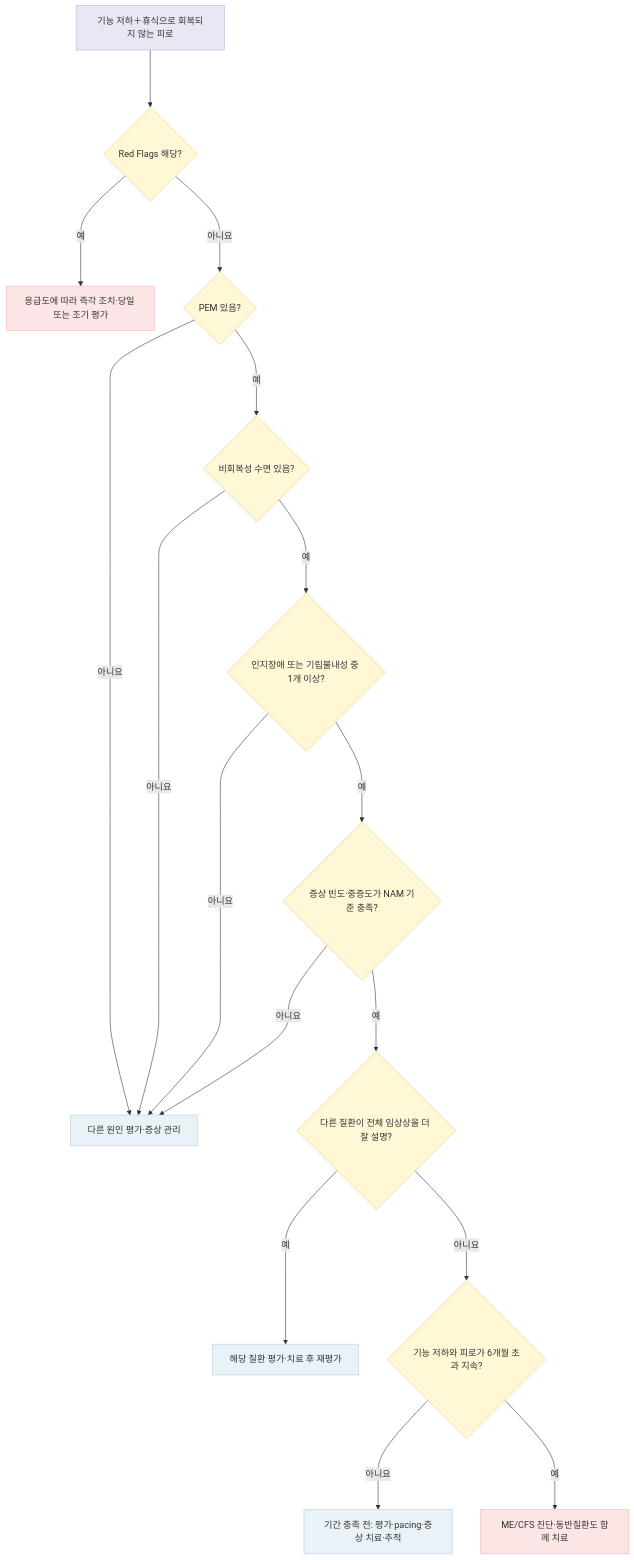
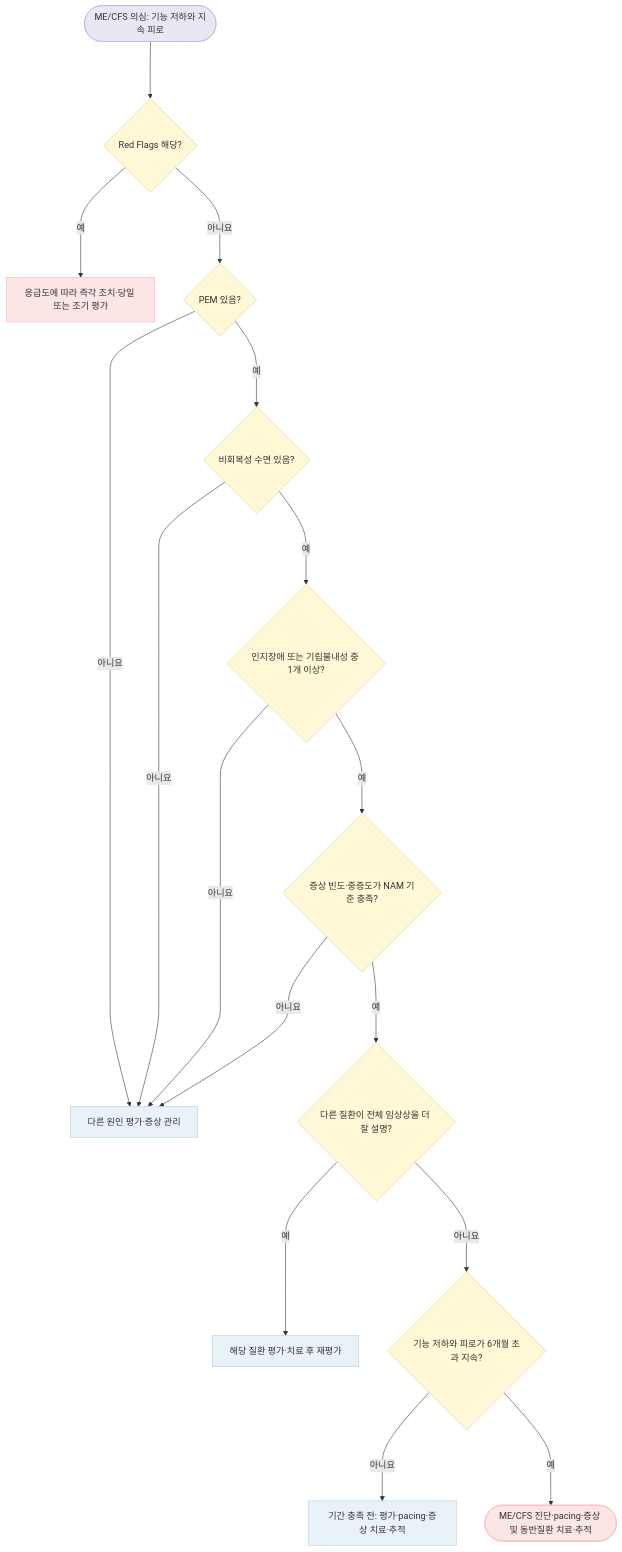
One commit to familyoh77/familyoh77 changed the diagram in 230_/194_-cfs.md. Above: the diagram before and after it, drawn with Mermaid. The commit also changed other lines of this file and 16 other files, not shown here.

````diff
--- a/230_/194_-cfs.md
+++ b/230_/194_-cfs.md
@@ -183,28 +186,28 @@
 ```mermaid
 flowchart TD
-    A["기능 저하＋휴식으로 회복되지 않는 피로"] ---> R{"Red Flags 해당?"}
+    A(["ME/CFS 의심: 기능 저하와 지속 피로"]) ---> R{"Red Flags 해당?"}
     R -- "예" ---> U["응급도에 따라 즉각 조치·당일 또는 조기 평가"]
     R -- "아니요" ---> C{"PEM 있음?"}
     C -- "아니요" ---> X["다른 원인 평가·증상 관리"]
     C -- "예" ---> D{"비회복성 수면 있음?"}
     D -- "아니요" ---> X
     D -- "예" ---> E{"인지장애 또는 기립불내성 중 1개 이상?"}
     E -- "아니요" ---> X
     E -- "예" ---> F{"증상 빈도·중증도가 NAM 기준 충족?"}
     F -- "아니요" ---> X
     F -- "예" ---> I{"다른 질환이 전체 임상상을 더 잘 설명?"}
     I -- "예" ---> J["해당 질환 평가·치료 후 재평가"]
     I -- "아니요" ---> G{"기능 저하와 피로가 6개월 초과 지속?"}
     G -- "아니요" ---> H["기간 충족 전: 평가·pacing·증상 치료·추적"]
-    G -- "예" ---> K["ME/CFS 진단·동반질환도 함께 치료"]
+    G -- "예" ---> K(["ME/CFS 진단·pacing·증상 및 동반질환 치료·추적"])
 
     classDef startNode fill:#EAE6F3,stroke:#BCB5DA,stroke-width:1px;
     classDef yellowNode fill:#FEF8D6,stroke:#E3CE85,stroke-width:1px;
     classDef blueNode fill:#E9F2F7,stroke:#B2CFE0,stroke-width:1px;
     classDef pinkNode fill:#FCE5E5,stroke:#F4B6B6,stroke-width:1px;
 
     class A startNode;
     class R,C,D,E,F,G,I yellowNode;
     class X,H,J blueNode;
     class U,K pinkNode;
 ```
````
